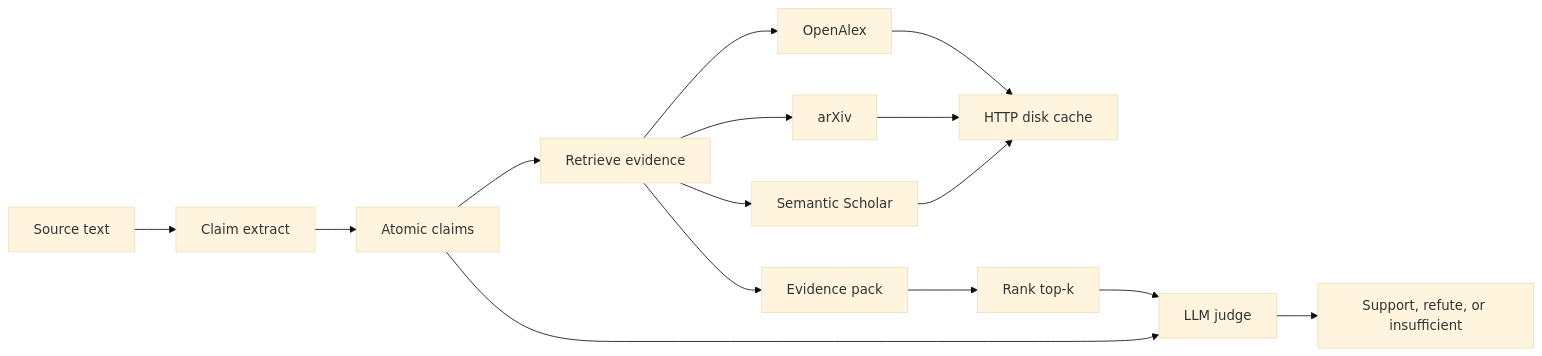
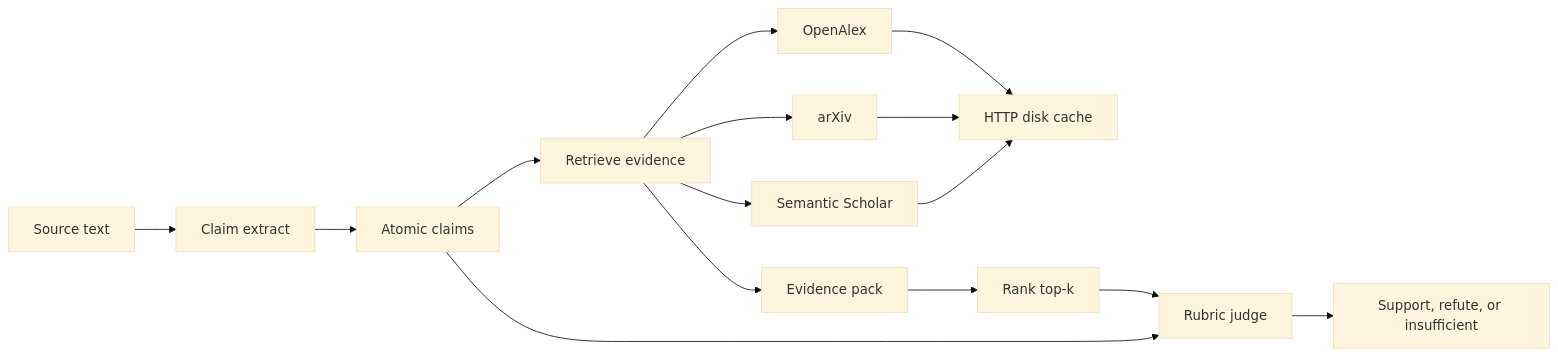
Before and after one commit to shehbaz0101/claimforge: the diagram in README.md, drawn with Mermaid (base theme). The commit also changed other lines of this file and 9 other files, not shown here.

First line of the commit message:
feat: judge claims with a rubric verdict engine (#5)

````diff
--- a/README.md
+++ b/README.md
@@ -30,17 +32,17 @@
 ```mermaid
 flowchart LR
   source[Source text] --> extract[Claim extract]
   extract --> claims[Atomic claims]
   claims --> retrieve[Retrieve evidence]
   retrieve --> openalex[OpenAlex]
   retrieve --> arxiv[arXiv]
   retrieve --> s2[Semantic Scholar]
   openalex --> cache[HTTP disk cache]
   arxiv --> cache
   s2 --> cache
   retrieve --> evidence[Evidence pack]
   evidence --> rank[Rank top-k]
-  claims --> judge[LLM judge]
+  claims --> judge[Rubric judge]
   rank --> judge
   judge --> verdict[Support, refute, or insufficient]
 ```
````
